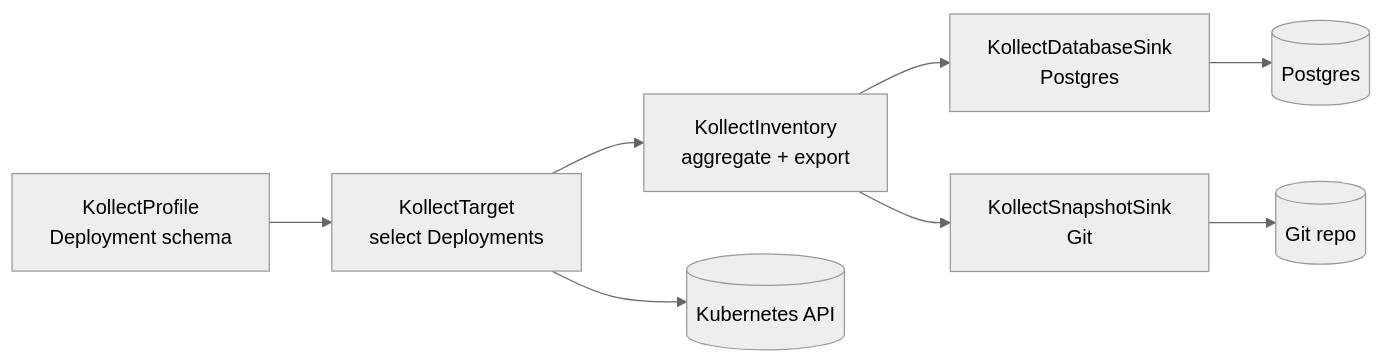
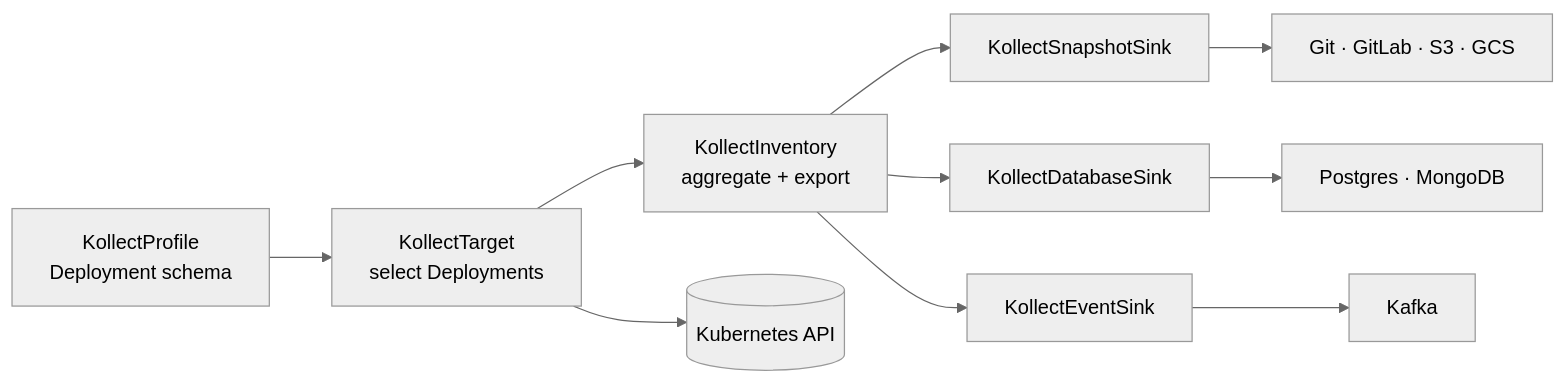
The diagram in docs/examples/deployment-inventory.md (PlatformRelay/Kollect), drawn with Mermaid (neutral theme) before and after one commit. The commit also changed 16 other files, not shown here.

````diff
--- a/docs/examples/deployment-inventory.md
+++ b/docs/examples/deployment-inventory.md
@@ -22,17 +22,20 @@
 ```mermaid
 flowchart LR
   Profile[KollectProfile<br/>Deployment schema]
   Target[KollectTarget<br/>select Deployments]
   Inv[KollectInventory<br/>aggregate + export]
-  Db[KollectDatabaseSink<br/>Postgres]
-  Snap[KollectSnapshotSink<br/>Git]
+  Snap[KollectSnapshotSink]
+  Db[KollectDatabaseSink]
+  Ev[KollectEventSink]
   K8s[(Kubernetes API)]
 
   Profile --> Target
   Target --> K8s
   Target --> Inv
+  Inv --> Snap
   Inv --> Db
-  Inv --> Snap
-  Db --> PG[(Postgres)]
-  Snap --> Git[(Git repo)]
+  Inv --> Ev
+  Snap --> SnapOut[Git · GitLab · S3 · GCS]
+  Db --> DbOut[Postgres · MongoDB]
+  Ev --> EvOut[Kafka]
 ```
````
